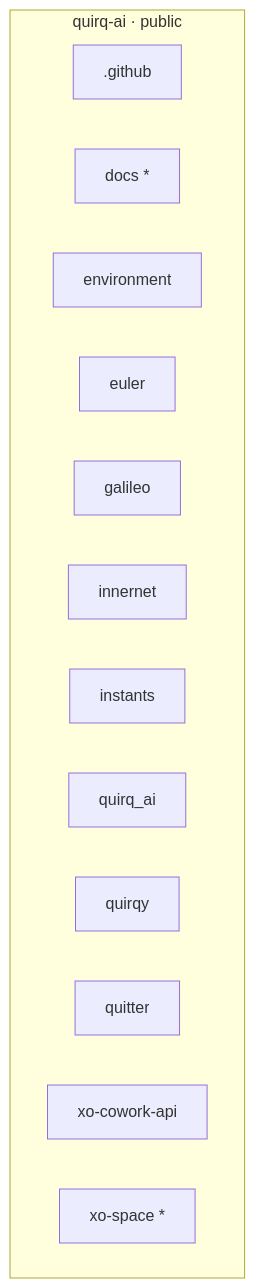
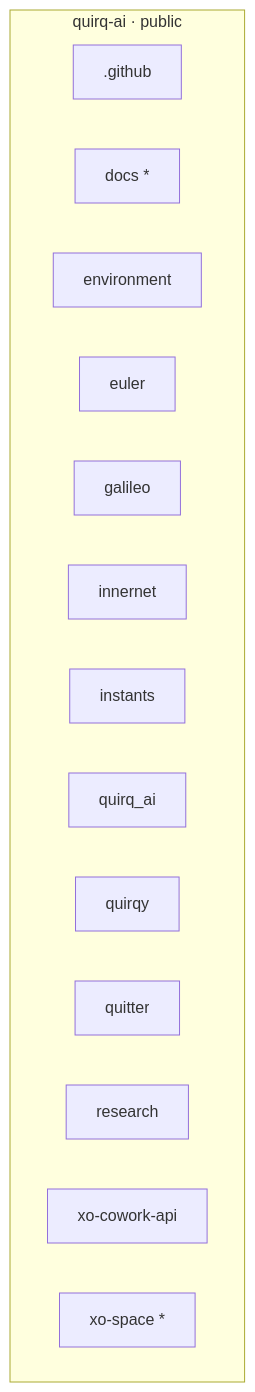
The first of 4 diagrams in README.md (quirq-ai/wiki), drawn with Mermaid before and after one commit. The commit also changed other lines of this file and 598 other files, not shown here.

````diff
--- a/README.md
+++ b/README.md
@@ -14,30 +14,32 @@
 ```mermaid
 flowchart LR
   subgraph public["quirq-ai · public"]
     direction LR
     github[".github"]
     docs["docs *"]
     environment["environment"]
     euler["euler"]
     galileo["galileo"]
     innernet["innernet"]
     instants["instants"]
     quirq_ai["quirq_ai"]
     quirqy["quirqy"]
     quitter["quitter"]
+    research["research"]
     xo_cowork_api["xo-cowork-api"]
     xo_space["xo-space *"]
   end
   click github "./.github/_index.md"
   click docs "./docs/_index.md"
   click environment "./environment/_index.md"
   click euler "./euler/_index.md"
   click galileo "./galileo/_index.md"
   click innernet "./innernet/_index.md"
   click instants "./instants/_index.md"
   click quirq_ai "./quirq_ai/_index.md"
   click quirqy "./quirqy/_index.md"
   click quitter "./quitter/_index.md"
+  click research "./research/_index.md"
   click xo_cowork_api "./xo-cowork-api/_index.md"
   click xo_space "./xo-space/_index.md"
 ```
````
